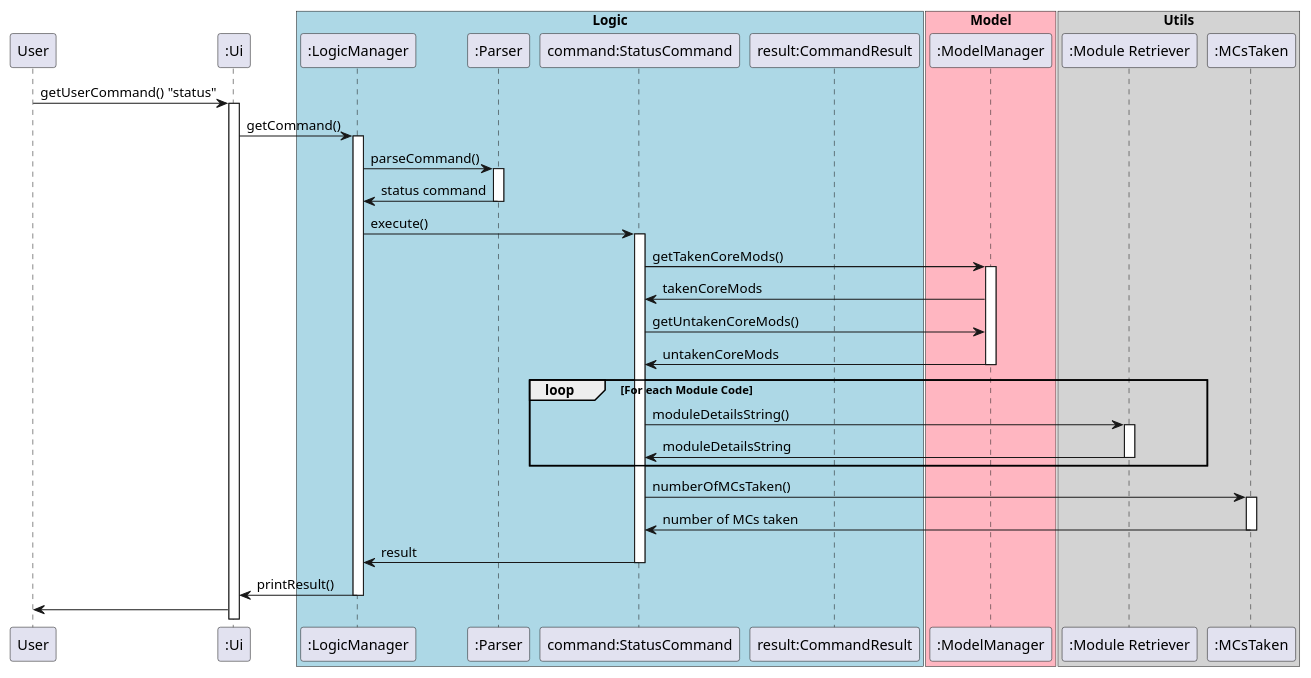
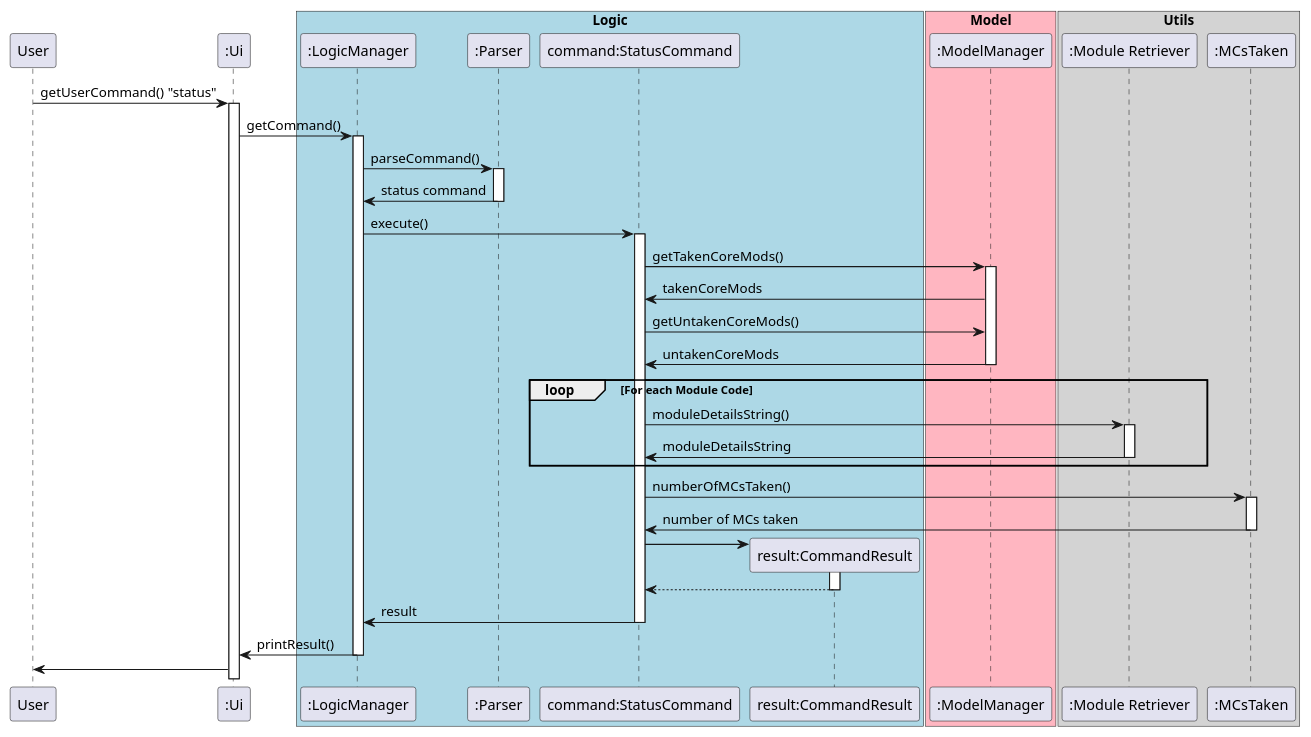
Before and after one commit to sriram-senthilkr/tp: the diagram in docs/uml/sourcecode/StatusCommandSequence.puml, drawn with PlantUML. The commit also changed 4 other files, not shown here.

Commit message:
update status sequence diagram and init dg

```diff
--- a/docs/uml/sourcecode/StatusCommandSequence.puml
+++ b/docs/uml/sourcecode/StatusCommandSequence.puml
@@ -1,63 +1,69 @@
 @startuml
 participant User
 participant ":Ui" as Ui
 
 box "Logic" #LightBlue
 participant ":LogicManager" as LogicManager
 participant ":Parser" as Parser
 participant "command:StatusCommand" as StatusCommand
 participant "result:CommandResult" as CommandResult
 end box
 
 box "Model" #LightPink
 participant ":ModelManager" as ModelManager
 end box
 
 box "Utils" #LightGrey
 participant ":Module Retriever" as ModuleRetriever
 participant ":MCsTaken" as MCsTaken
 end box
 
 User -> Ui: getUserCommand() "status"
 activate Ui
 
 Ui -> LogicManager: getCommand()
 activate LogicManager
 
 LogicManager -> Parser: parseCommand()
 activate Parser
 Parser -> LogicManager: status command
 deactivate Parser
 
 LogicManager -> "StatusCommand" : execute()
 activate "StatusCommand"
 
 "StatusCommand" -> ModelManager: getTakenCoreMods()
 activate ModelManager
 ModelManager -> "StatusCommand": takenCoreMods
 "StatusCommand" -> ModelManager: getUntakenCoreMods()
 ModelManager -> "StatusCommand": untakenCoreMods
 deactivate ModelManager
 
 loop For each Module Code
     "StatusCommand" -> ModuleRetriever: moduleDetailsString()
     activate ModuleRetriever
     ModuleRetriever -> "StatusCommand": moduleDetailsString
     deactivate ModuleRetriever
 end
 
 "StatusCommand" -> MCsTaken: numberOfMCsTaken()
 activate MCsTaken
 MCsTaken -> "StatusCommand": number of MCs taken
 deactivate MCsTaken
 
+create CommandResult
+"StatusCommand" -> CommandResult
+activate CommandResult
+CommandResult --> "StatusCommand"
+deactivate CommandResult
+
 "StatusCommand" -> LogicManager: result
 deactivate "StatusCommand"
 
 LogicManager -> Ui: printResult()
 deactivate "LogicManager"
 
 
 Ui -> User
 
 @enduml
```
